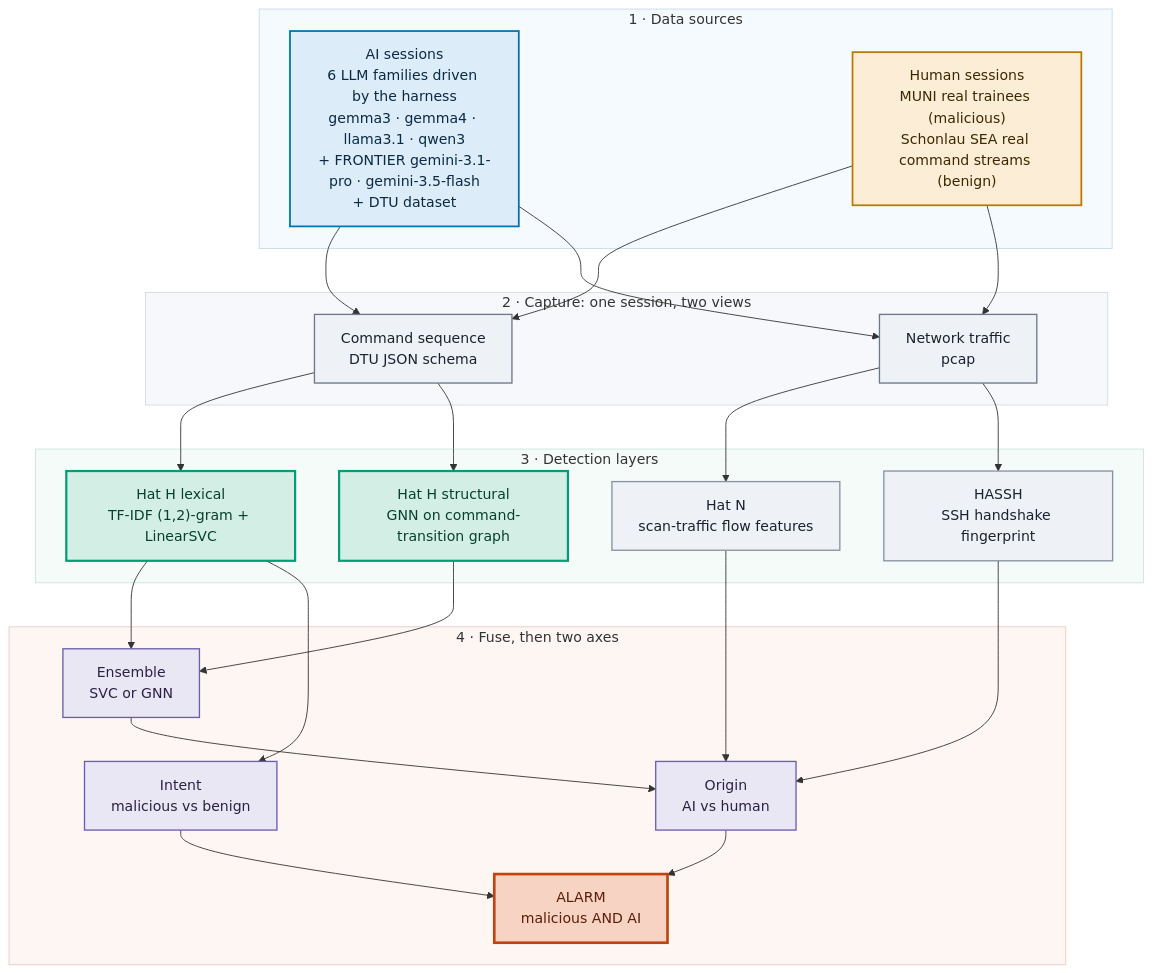
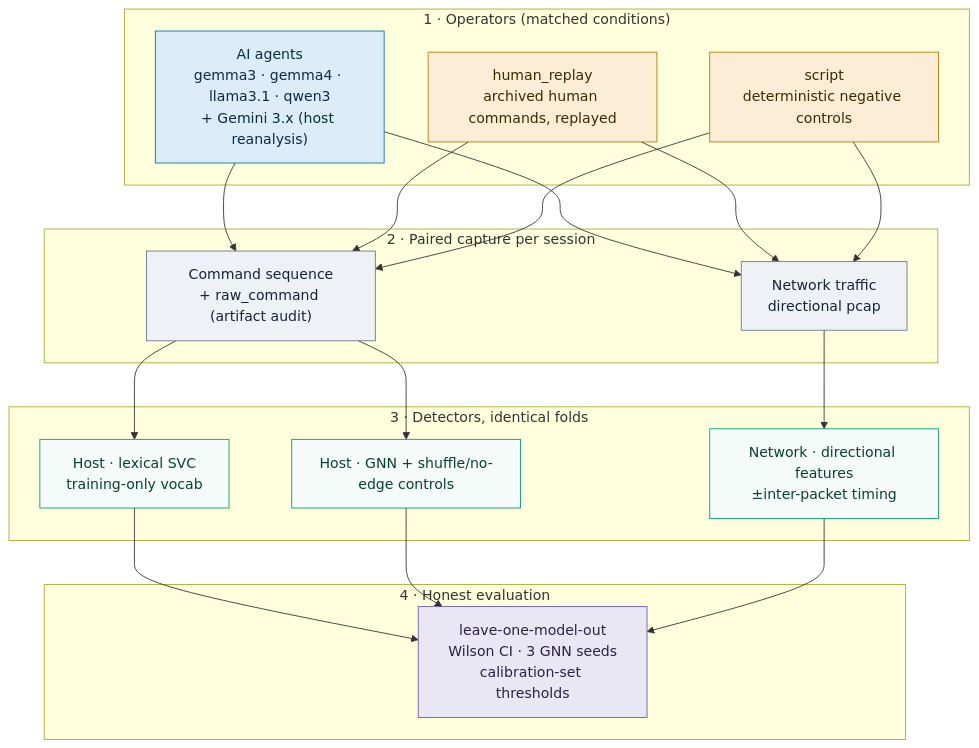
Before and after one commit to HawkPhantom/AI-Attack-IDS: the diagram in README.md, drawn with Mermaid. The commit also changed other lines of this file and 1 other file, not shown here.

````diff
--- a/README.md
+++ b/README.md
@@ -88,58 +129,42 @@
 ```mermaid
 flowchart TB
-    subgraph S1["1 · Data sources"]
-        AI["AI sessions<br/>6 LLM families driven by the harness<br/>gemma3 · gemma4 · llama3.1 · qwen3<br/>+ FRONTIER gemini-3.1-pro · gemini-3.5-flash<br/>+ DTU dataset"]
-        HUM["Human sessions<br/>MUNI real trainees (malicious)<br/>Schonlau SEA real command streams (benign)"]
+    subgraph S1["1 · Operators (matched conditions)"]
+        AI["AI agents<br/>gemma3 · gemma4 · llama3.1 · qwen3<br/>+ Gemini 3.x (host reanalysis)"]
+        HR["human_replay<br/>archived human commands, replayed"]
+        SC["script<br/>deterministic negative controls"]
     end
-    subgraph S2["2 · Capture: one session, two views"]
-        CMD["Command sequence<br/>DTU JSON schema"]
-        PCAP["Network traffic<br/>pcap"]
+    subgraph S2["2 · Paired capture per session"]
+        CMD["Command sequence<br/>+ raw_command (artifact audit)"]
+        PCAP["Network traffic<br/>directional pcap"]
     end
-    subgraph S3["3 · Detection layers"]
-        HSVC["Hat H lexical<br/>TF-IDF (1,2)-gram + LinearSVC"]
-        HGNN["Hat H structural<br/>GNN on command-transition graph"]
-        N["Hat N<br/>scan-traffic flow features"]
-        HS["HASSH<br/>SSH handshake fingerprint"]
+    subgraph S3["3 · Detectors, identical folds"]
+        HSVC["Host · lexical SVC<br/>training-only vocab"]
+        HGNN["Host · GNN + shuffle/no-edge controls"]
+        NET["Network · directional features<br/>±inter-packet timing"]
     end
-    subgraph S4["4 · Fuse, then two axes"]
-        ENS["Ensemble<br/>SVC or GNN"]
-        ORIG["Origin<br/>AI vs human"]
-        INT["Intent<br/>malicious vs benign"]
-        AL["ALARM<br/>malicious AND AI"]
+    subgraph S4["4 · Honest evaluation"]
+        EV["leave-one-model-out<br/>Wilson CI · 3 GNN seeds<br/>calibration-set thresholds"]
     end
     AI --> CMD
     AI --> PCAP
-    HUM --> CMD
-    HUM --> PCAP
+    HR --> CMD
+    HR --> PCAP
+    SC --> CMD
+    SC --> PCAP
     CMD --> HSVC
     CMD --> HGNN
-    PCAP --> N
-    PCAP --> HS
-    HSVC --> ENS
-    HGNN --> ENS
-    ENS --> ORIG
-    HSVC --> INT
-    N --> ORIG
-    HS --> ORIG
-    ORIG --> AL
-    INT --> AL
-
-    classDef ai fill:#dcecf9,stroke:#0072B2,stroke-width:2px,color:#0a2a45
-    classDef human fill:#fbedd6,stroke:#b87a00,stroke-width:2px,color:#3d2900
-    classDef cap fill:#eef1f6,stroke:#6b7889,stroke-width:1.5px,color:#1a2230
-    classDef main fill:#d3efe5,stroke:#009E73,stroke-width:2.5px,color:#08402e
-    classDef det fill:#eef1f6,stroke:#8792a3,stroke-width:1.5px,color:#1a2230
-    classDef axis fill:#eae7f5,stroke:#6a5cb0,stroke-width:1.5px,color:#2a2145
-    classDef alarm fill:#f7d3c4,stroke:#c1440e,stroke-width:3px,color:#5c1e08
+    PCAP --> NET
+    HSVC --> EV
+    HGNN --> EV
+    NET --> EV
+    classDef ai fill:#dcecf9,stroke:#0072B2,color:#0a2a45
+    classDef hum fill:#fbedd6,stroke:#b87a00,color:#3d2900
+    classDef cap fill:#eef1f6,stroke:#6b7889,color:#1a2230
+    classDef det fill:#f4fbf8,stroke:#009E73,color:#08402e
+    classDef ev fill:#eae7f5,stroke:#6a5cb0,color:#2a2145
     class AI ai
-    class HUM human
+    class HR,SC hum
     class CMD,PCAP cap
-    class HSVC,HGNN main
-    class N,HS det
-    class ENS,ORIG,INT axis
-    class AL alarm
-    style S1 fill:#f5faff,stroke:#c5d9e8
-    style S2 fill:#f7f8fb,stroke:#d4dae2
-    style S3 fill:#f4fbf8,stroke:#c9e5da
-    style S4 fill:#fdf6f3,stroke:#eccbbf
+    class HSVC,HGNN,NET det
+    class EV ev
 ```
````
